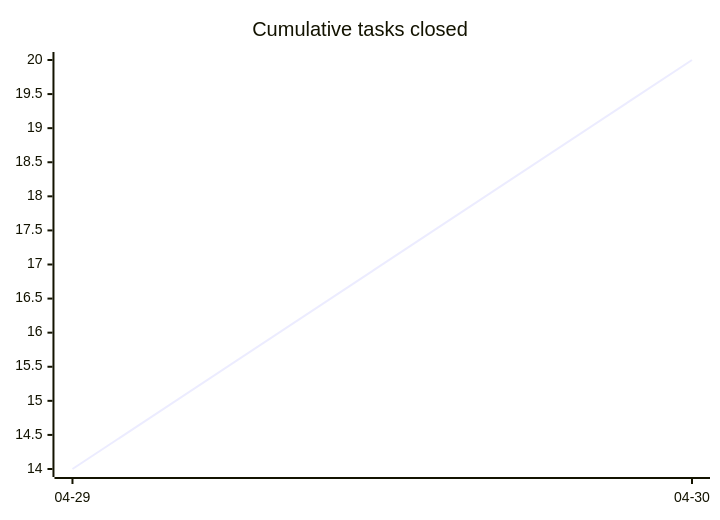
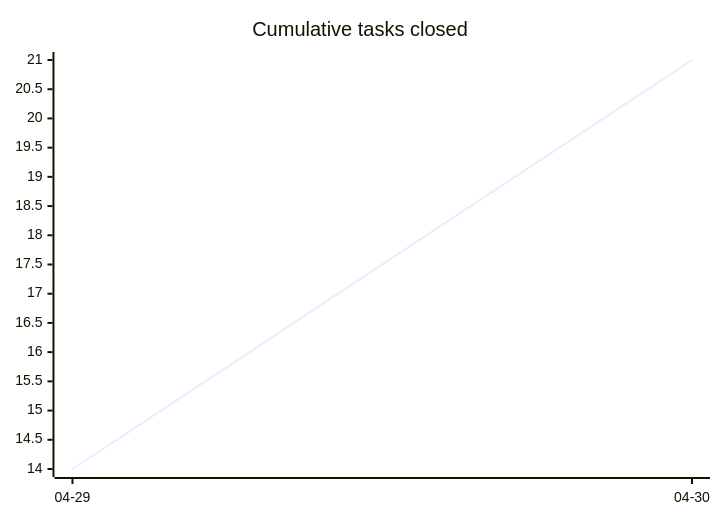
Before and after one commit to tgd1975/AwesomeStudioPedal: the first of 3 diagrams in docs/developers/tasks/OVERVIEW.md, drawn with Mermaid. The commit also changed other lines of this file and 1 other file, not shown here.

````diff
--- a/docs/developers/tasks/OVERVIEW.md
+++ b/docs/developers/tasks/OVERVIEW.md
@@ -20,6 +20,6 @@
 ```mermaid
 xychart-beta
     title "Cumulative tasks closed"
     x-axis ["04-29", "04-30"]
-    line [14, 20]
+    line [14, 21]
 ```
````
